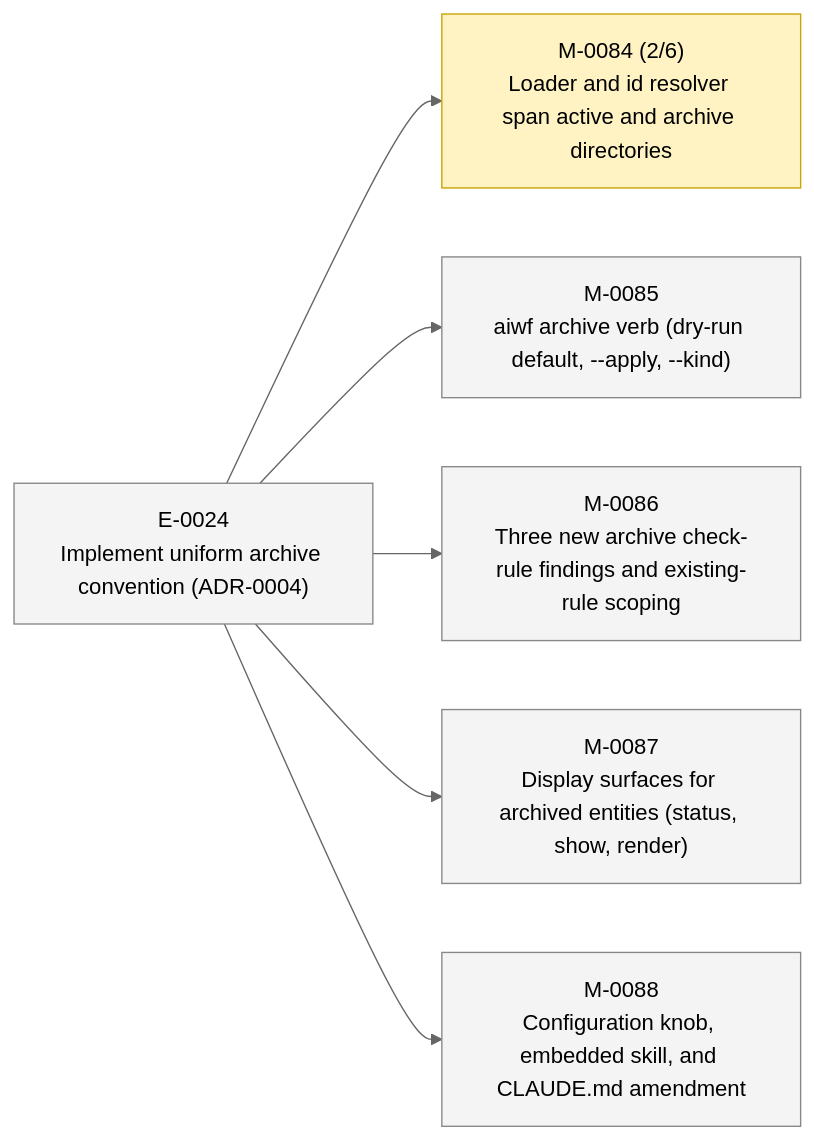
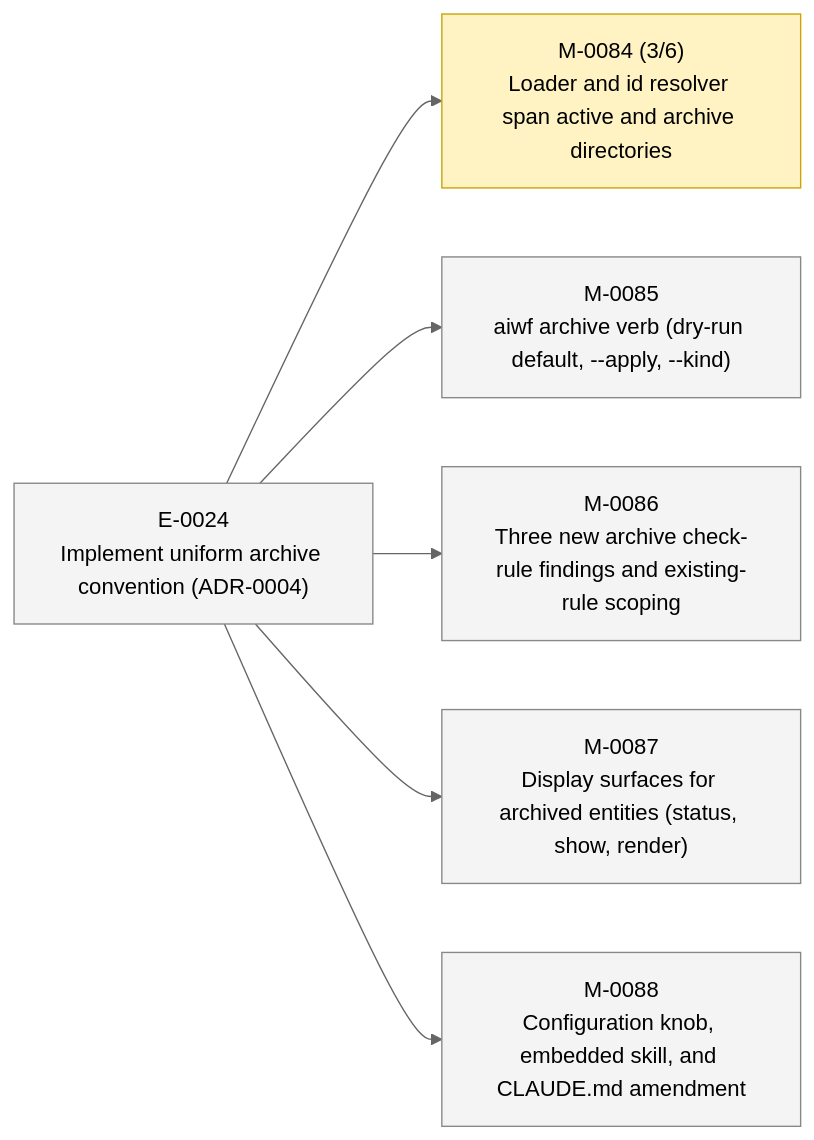
One commit to 23min/aiwf changed the second of 2 diagrams in STATUS.md. Above: the diagram before and after it, drawn with Mermaid (neutral theme). The commit also changed other lines of this file and 1 other file, not shown here.

````diff
--- a/STATUS.md
+++ b/STATUS.md
@@ -49,20 +49,20 @@
 ```mermaid
 flowchart LR
   E_0024["E-0024<br/>Implement uniform archive convention (ADR-0004)"]:::epic_proposed
-  M_0084["M-0084 (2/6)<br/>Loader and id resolver span active and archive directories"]:::ms_in_progress
+  M_0084["M-0084 (3/6)<br/>Loader and id resolver span active and archive directories"]:::ms_in_progress
   E_0024 --> M_0084
   M_0085["M-0085<br/>aiwf archive verb (dry-run default, --apply, --kind)"]:::ms_draft
   E_0024 --> M_0085
   M_0086["M-0086<br/>Three new archive check-rule findings and existing-rule scoping"]:::ms_draft
   E_0024 --> M_0086
   M_0087["M-0087<br/>Display surfaces for archived entities (status, show, render)"]:::ms_draft
   E_0024 --> M_0087
   M_0088["M-0088<br/>Configuration knob, embedded skill, and CLAUDE.md amendment"]:::ms_draft
   E_0024 --> M_0088
   classDef epic_active fill:#d6eaff,stroke:#1a73e8,color:#000
   classDef epic_proposed fill:#f4f4f4,stroke:#888,color:#000
   classDef ms_done fill:#d8f5d8,stroke:#2a8a2a,color:#000
   classDef ms_in_progress fill:#fff3c4,stroke:#caa400,color:#000
   classDef ms_draft fill:#f4f4f4,stroke:#888,color:#000
   classDef ms_cancelled fill:#fbeaea,stroke:#c33,color:#000
 ```
````
